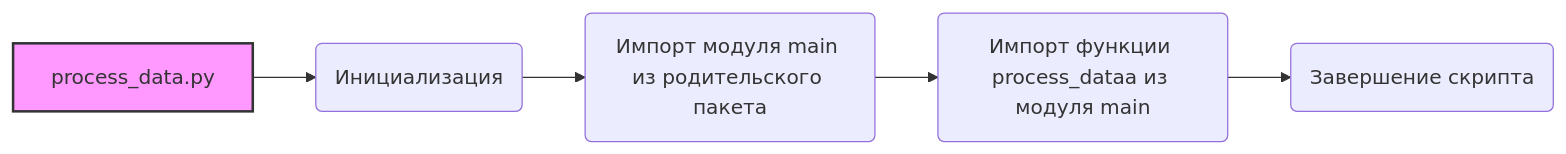
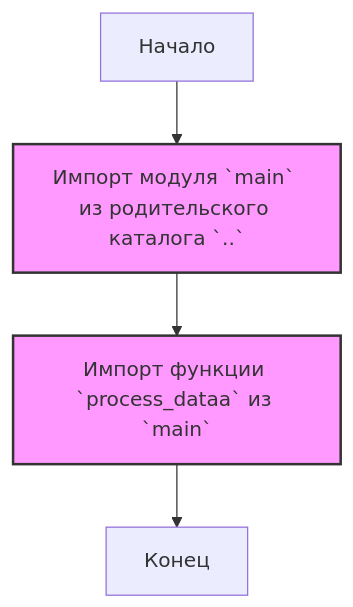
Before and after one commit to hypo69/hypo: the second of 2 diagrams in docs/gemini/ru/explainer/src/fast_api/html/process_data.py.md, drawn with Mermaid. The commit also changed other lines of this file and 98 other files, not shown here.

````diff
--- a/docs/gemini/ru/explainer/src/fast_api/html/process_data.py.md
+++ b/docs/gemini/ru/explainer/src/fast_api/html/process_data.py.md
@@ -19,8 +38,10 @@
 ```mermaid
-graph LR
-    A[process_data.py] --> B(Инициализация );
-    B --> C(Импорт модуля main из родительского пакета);
-    C --> D(Импорт функции process_dataa из модуля main);
-    D --> E(Завершение скрипта);
-    style A fill:#f9f,stroke:#333,stroke-width:2px
+flowchart TD
+    Start[Начало] --> ImportMainModule[Импорт модуля `main` из родительского каталога `..`];
+    ImportMainModule --> ImportProcessDataA[Импорт функции `process_dataa` из `main`];
+    ImportProcessDataA --> End[Конец];
+    
+    classDef imported fill:#f9f,stroke:#333,stroke-width:2px
+    ImportMainModule:::imported
+    ImportProcessDataA:::imported
 ```
````
